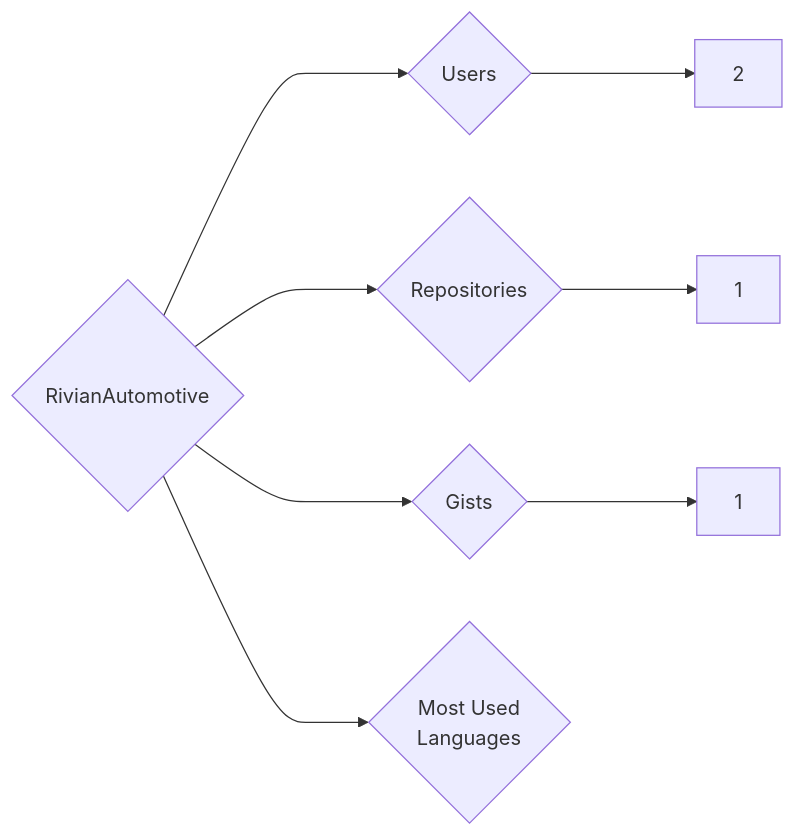
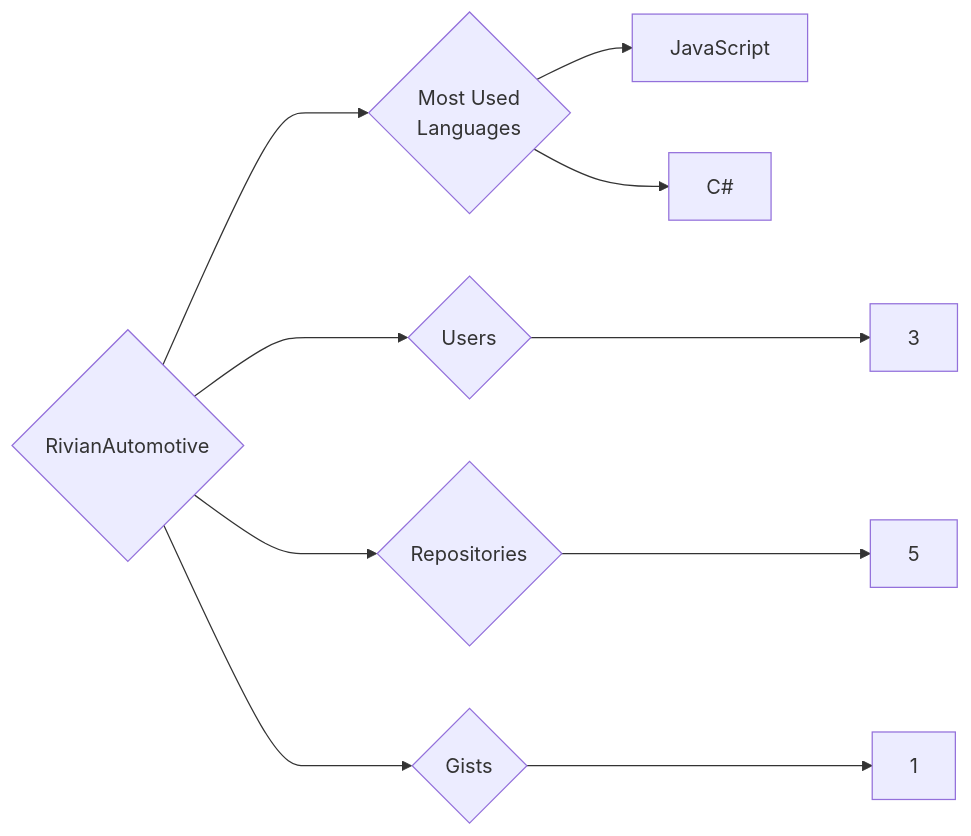
The diagram in targets/RivianAutomotive/README.md (trickest/insiders), drawn with Mermaid before and after one commit. The commit also changed 1389 other files, not shown here.

````diff
--- a/targets/RivianAutomotive/README.md
+++ b/targets/RivianAutomotive/README.md
@@ -3,8 +3,10 @@
 ```mermaid
 graph LR
 COMPANY_NAME{RivianAutomotive}
-COMPANY_NAME ---> U{Users} ---> UN[2]
-COMPANY_NAME ---> R{Repositories} ---> RN[1]
+COMPANY_NAME ---> U{Users} ---> UN[3]
+COMPANY_NAME ---> R{Repositories} ---> RN[5]
 COMPANY_NAME ---> G{Gists} ---> GN[1]
 COMPANY_NAME ---> ML{Most Used<br>Languages}
+ML --> JavaScript[JavaScript]
+ML --> C#[C#]
 ```
````
